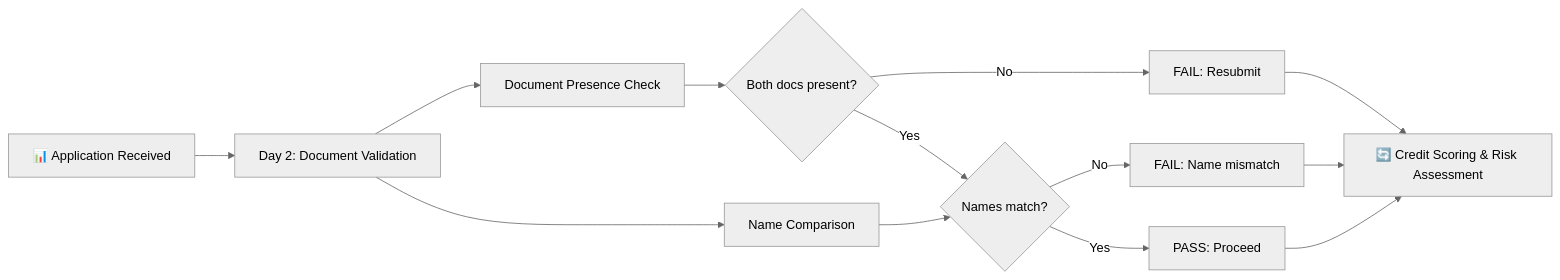
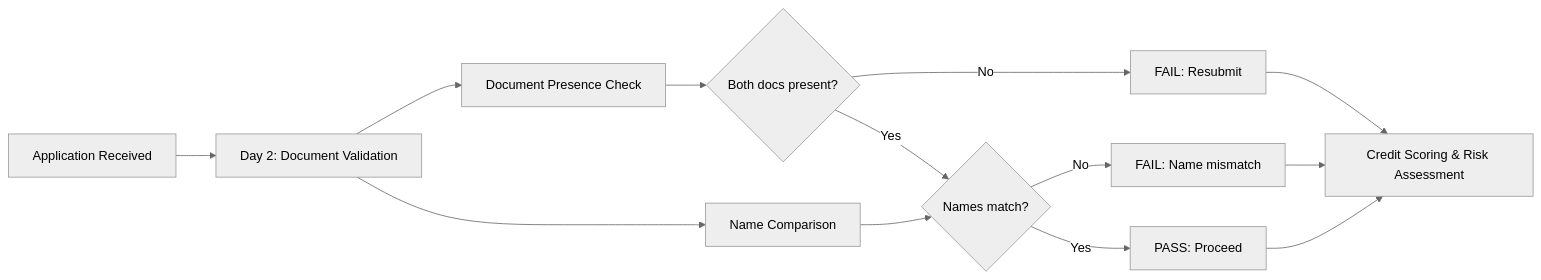
Before and after one commit to Kiran-255666/AgenticAIEngineer: the first of 2 diagrams in Instructions/Exercises/Day02/lab03-bring-your-own-data-to-open-ai/python/README.md, drawn with Mermaid (neutral theme).

````diff
--- a/Instructions/Exercises/Day02/lab03-bring-your-own-data-to-open-ai/python/README.md
+++ b/Instructions/Exercises/Day02/lab03-bring-your-own-data-to-open-ai/python/README.md
@@ -11,15 +11,15 @@
 ```mermaid
 graph LR
-    A["📊 Application Received"] --> B["Day 2: Document Validation"]
+    A["Application Received"] --> B["Day 2: Document Validation"]
     B --> C["Document Presence Check"]
     B --> D["Name Comparison"]
     C --> E{Both docs present?}
     D --> F{Names match?}
     E -->|No| G["FAIL: Resubmit"]
     E -->|Yes| F
     F -->|No| H["FAIL: Name mismatch"]
     F -->|Yes| I["PASS: Proceed"]
-    G --> J["🔄 Credit Scoring & Risk Assessment"]
+    G --> J["Credit Scoring & Risk Assessment"]
     H --> J
     I --> J
 ```
````
